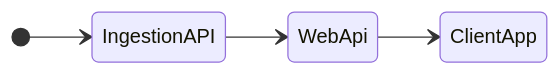
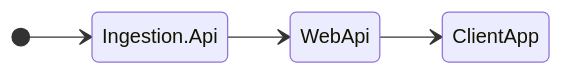
The diagram in README.md (cleberMargarida/smart-fleets), drawn with Mermaid before and after one commit. The commit also changed other lines of this file and 121 other files, not shown here.

````diff
--- a/README.md
+++ b/README.md
@@ -1,8 +1,8 @@
 ```mermaid
 stateDiagram
     direction LR
-    [*] --> IngestionAPI
-    IngestionAPI --> WebApi
+    [*] --> Ingestion.Api
+    Ingestion.Api --> WebApi
     WebApi --> ClientApp
     
 ```
````
